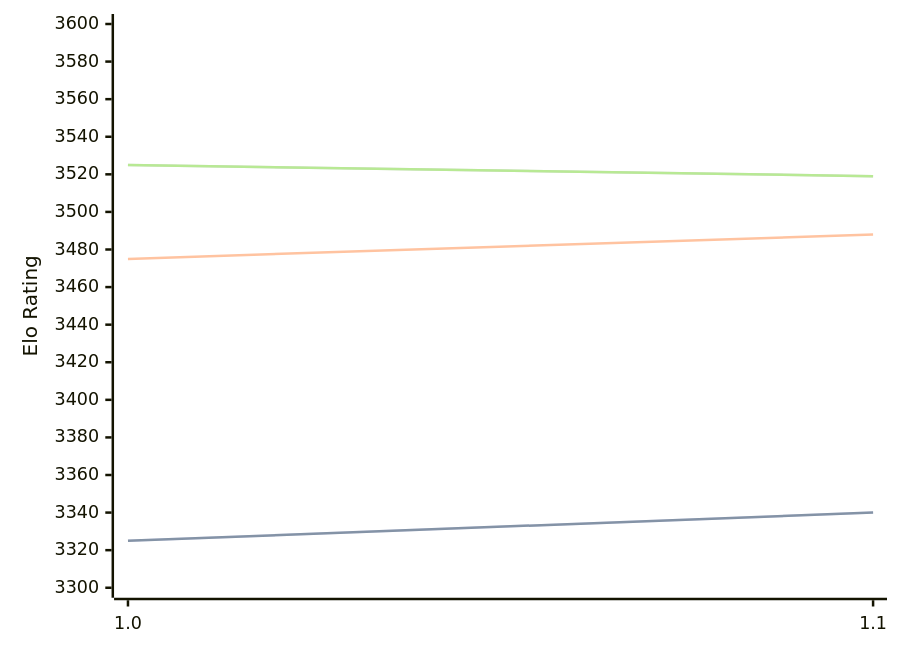
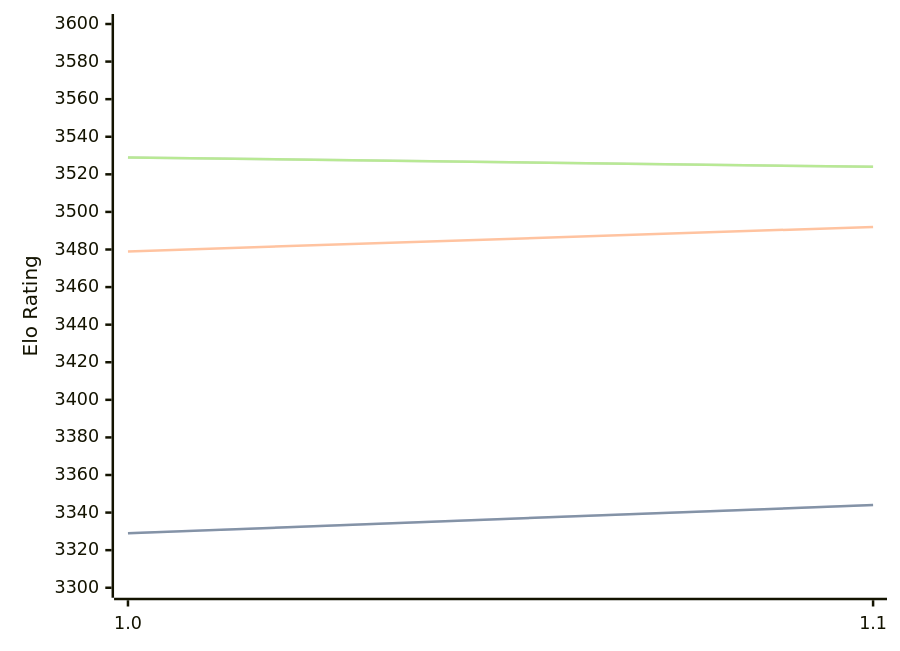
The diagram in engines/Horsie.md (computer-chess-index/cci), drawn with Mermaid before and after one commit. The commit also changed other lines of this file, not shown here.

Commit message:
Update CCI Ratings (ELO VLTC) - 2026-08-18

````diff
--- a/engines/Horsie.md
+++ b/engines/Horsie.md
@@ -32,11 +32,11 @@
 ```mermaid
 %%{init: {"theme":"base","themeVariables":{"seriesColors:['#a3a3a3','#222221','#faa371']}}}%%
 xychart-beta
   x-axis ["1.0", "1.1"]
   y-axis "Elo Rating" 3300 --> 3600
-  line "STC (8.0+0.08s)" [3325, 3340]
-  line "STC (8.0+0.08s)" [3325, 3340]
-  line "LTC (60.0+0.60s)" [3475, 3488]
-  line "VLTC (2m24s+1.12s)" [3525, 3519]
-  line "VLTC (2m24s+1.12s)" [3525, 3519]
+  line "STC (8.0+0.08s)" [3329, 3344]
+  line "STC (8.0+0.08s)" [3329, 3344]
+  line "LTC (60.0+0.60s)" [3479, 3492]
+  line "VLTC (2m24s+1.12s)" [3529, 3524]
+  line "VLTC (2m24s+1.12s)" [3529, 3524]
 ```
````
